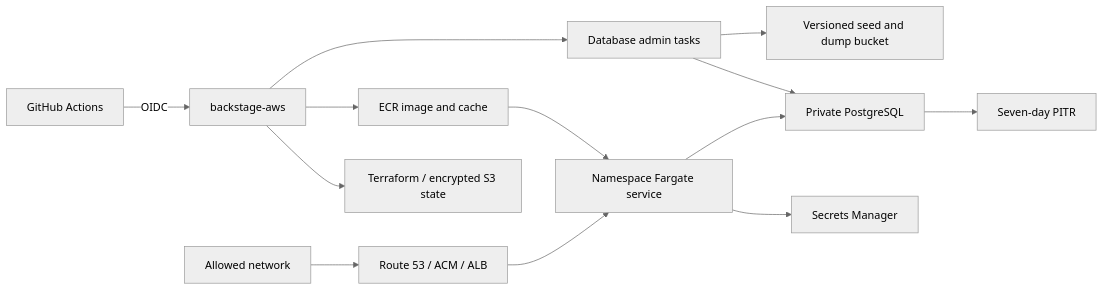
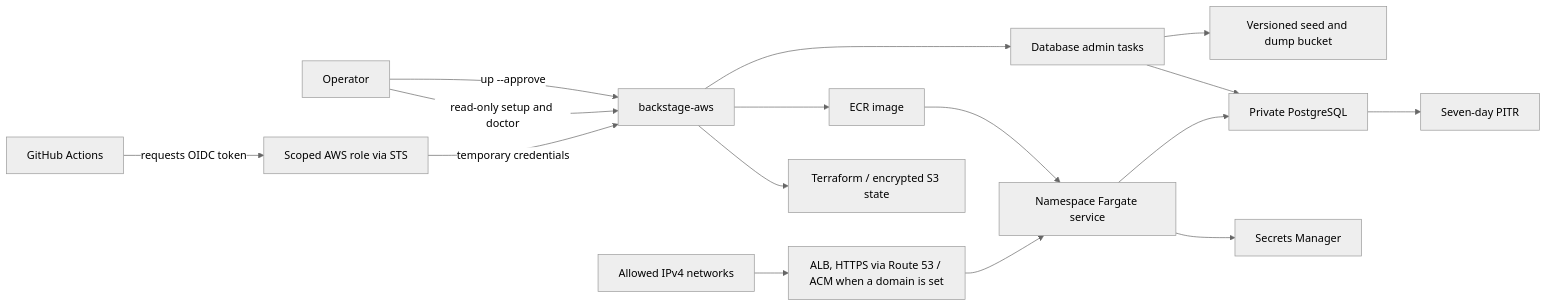
The diagram in docs/concepts.md (lprior-repo/backstage-aws), drawn with Mermaid (neutral theme) before and after one commit. The commit also changed other lines of this file and 188 other files, not shown here.

````diff
--- a/docs/concepts.md
+++ b/docs/concepts.md
@@ -5,15 +5,18 @@
 ```mermaid
 flowchart LR
-    Actions[GitHub Actions] -->|OIDC| CLI[backstage-aws]
+    Operator[Operator] -->|read-only setup and doctor| CLI[backstage-aws]
+    Operator -->|up --approve| CLI
+    Actions[GitHub Actions] -->|requests OIDC token| Role[Scoped AWS role via STS]
+    Role -->|temporary credentials| CLI
     CLI --> TF[Terraform / encrypted S3 state]
-    CLI --> ECR[ECR image and cache]
+    CLI --> ECR[ECR image]
     CLI --> Admin[Database admin tasks]
-    Reviewer[Allowed network] --> ALB[Route 53 / ACM / ALB]
+    Reviewer[Allowed IPv4 networks] --> ALB[ALB, HTTPS via Route 53 / ACM when a domain is set]
     ALB --> App[Namespace Fargate service]
     ECR --> App
     App --> Secrets[Secrets Manager]
     App --> RDS[Private PostgreSQL]
     Admin --> RDS
     Admin --> S3[Versioned seed and dump bucket]
     RDS --> Backups[Seven-day PITR]
 ```
````
